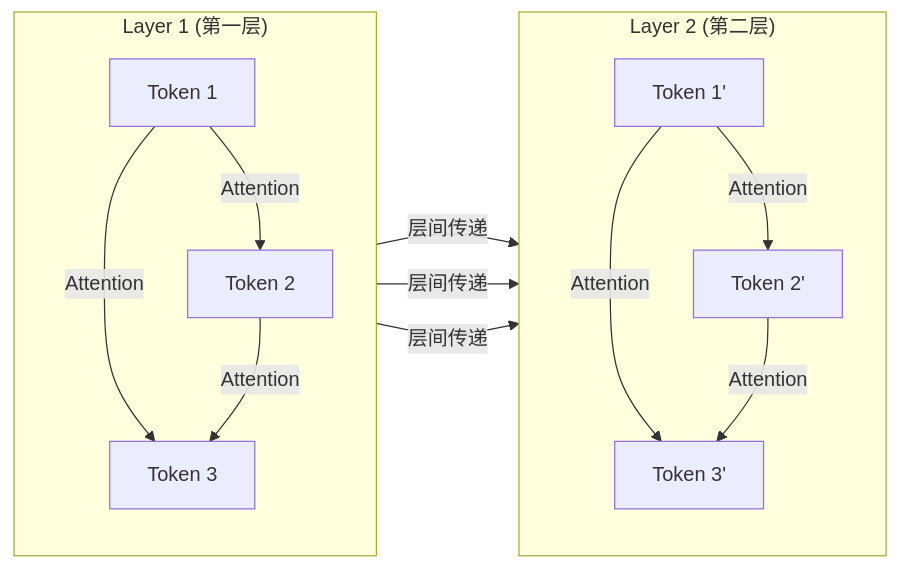
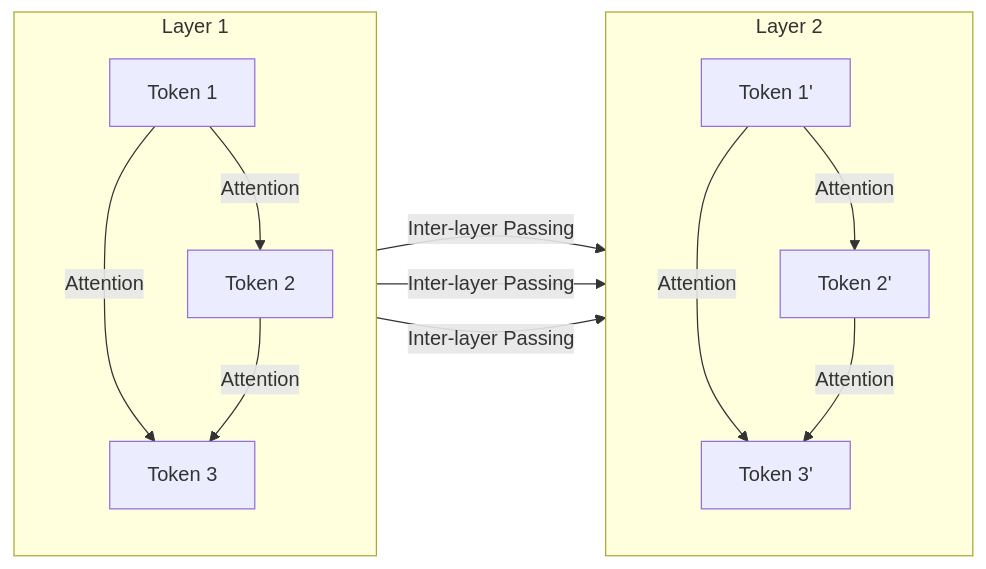
One commit to Random-Liu/llm-inference-principle-to-production changed the fourth of 4 diagrams in parts/part1_principles.md. Above: the diagram before and after it, drawn with Mermaid. The commit also changed other lines of this file and 14 other files, not shown here.

````diff
--- a/parts/part1_principles.md
+++ b/parts/part1_principles.md
@@ -341,28 +341,28 @@
 ```mermaid
 graph LR
-    subgraph Layer1 ["Layer 1 (第一层)"]
+    subgraph Layer1 ["Layer 1"]
         direction TB
         L1_T1["Token 1"]
         L1_T2["Token 2"]
         L1_T3["Token 3"]
         
         L1_T1 -->|Attention| L1_T2
         L1_T1 -->|Attention| L1_T3
         L1_T2 -->|Attention| L1_T3
     end
 
-    subgraph Layer2 ["Layer 2 (第二层)"]
+    subgraph Layer2 ["Layer 2"]
         direction TB
         L2_T1["Token 1'"]
         L2_T2["Token 2'"]
         L2_T3["Token 3'"]
         
         L2_T1 -->|Attention| L2_T2
         L2_T1 -->|Attention| L2_T3
         L2_T2 -->|Attention| L2_T3
     end
 
-    L1_T1 -->|层间传递| L2_T1
-    L1_T2 -->|层间传递| L2_T2
-    L1_T3 -->|层间传递| L2_T3
+    L1_T1 -->|Inter-layer Passing| L2_T1
+    L1_T2 -->|Inter-layer Passing| L2_T2
+    L1_T3 -->|Inter-layer Passing| L2_T3
 ```
````
